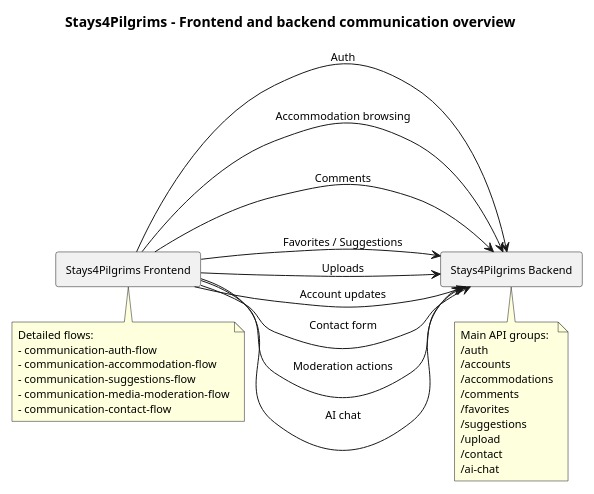
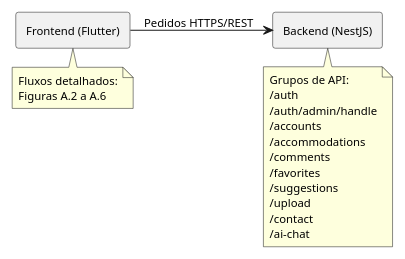
Before and after one commit to alegna83/cookbook-be: the diagram in docs/diagrams/communication-overview.puml, drawn with PlantUML. The commit also changed 1 other file, not shown here.

Commit message:
communication overview

```diff
--- a/docs/diagrams/communication-overview.puml
+++ b/docs/diagrams/communication-overview.puml
@@ -1,48 +1,38 @@
 @startuml
-title Stays4Pilgrims - Frontend and backend communication overview
-scale 0.85
+scale 0.88
 left to right direction
 skinparam defaultFontName Arial
 skinparam defaultFontSize 11
 skinparam componentStyle rectangle
 skinparam component {
   Padding 8
 }
 skinparam ArrowThickness 1
+skinparam nodesep 18
+skinparam ranksep 18
 
-component "Stays4Pilgrims Frontend" as FE
-component "Stays4Pilgrims Backend" as BE
+component "Frontend (Flutter)" as FE
+component "Backend (NestJS)" as BE
 
-FE --> BE : Auth
-FE --> BE : Accommodation browsing
-FE --> BE : Comments
-FE --> BE : Favorites / Suggestions
-FE --> BE : Uploads
-FE --> BE : Account updates
-FE --> BE : Contact form
-FE --> BE : Moderation actions
-FE --> BE : AI chat
+FE --> BE : Pedidos HTTPS/REST
 
 note bottom of FE
-  Detailed flows:
-  - communication-auth-flow
-  - communication-accommodation-flow
-  - communication-suggestions-flow
-  - communication-media-moderation-flow
-  - communication-contact-flow
+  Fluxos detalhados:
+  Figuras A.2 a A.6
 end note
 
 note bottom of BE
-  Main API groups:
+  Grupos de API:
   /auth
+  /auth/admin/handle
   /accounts
   /accommodations
   /comments
   /favorites
   /suggestions
   /upload
   /contact
   /ai-chat
 end note
 
 @enduml
```
